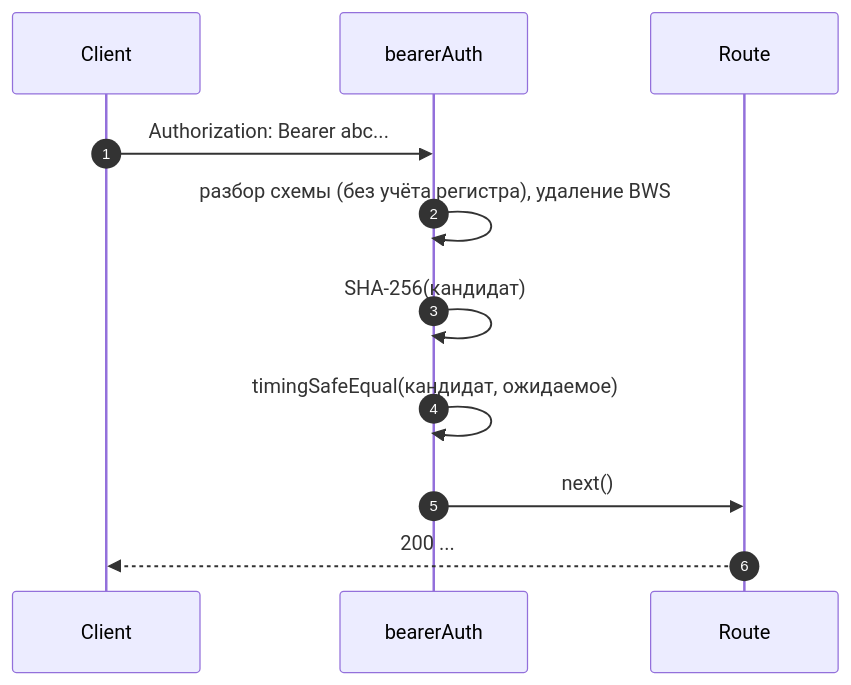
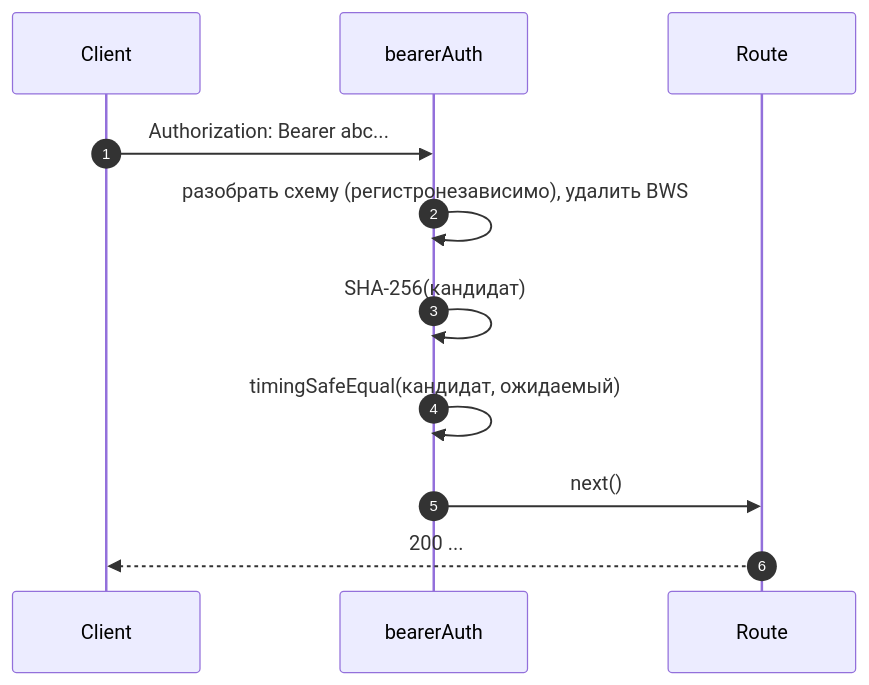
One commit to QwenLM/qwen-code-docs changed the second of 4 diagrams in website/content/ru/developers/daemon/12-auth-security.md. Above: the diagram before and after it, drawn with Mermaid. The commit also changed other lines of this file and 1077 other files, not shown here.

````diff
--- a/website/content/ru/developers/daemon/12-auth-security.md
+++ b/website/content/ru/developers/daemon/12-auth-security.md
@@ -178,14 +180,14 @@
 ```mermaid
 sequenceDiagram
     autonumber
     participant C as Client
     participant BA as bearerAuth
     participant R as Route
 
     C->>BA: Authorization: Bearer abc...
-    BA->>BA: разбор схемы (без учёта регистра), удаление BWS
+    BA->>BA: разобрать схему (регистронезависимо), удалить BWS
     BA->>BA: SHA-256(кандидат)
-    BA->>BA: timingSafeEqual(кандидат, ожидаемое)
+    BA->>BA: timingSafeEqual(кандидат, ожидаемый)
     BA->>R: next()
     R-->>C: 200 ...
 ```
````
